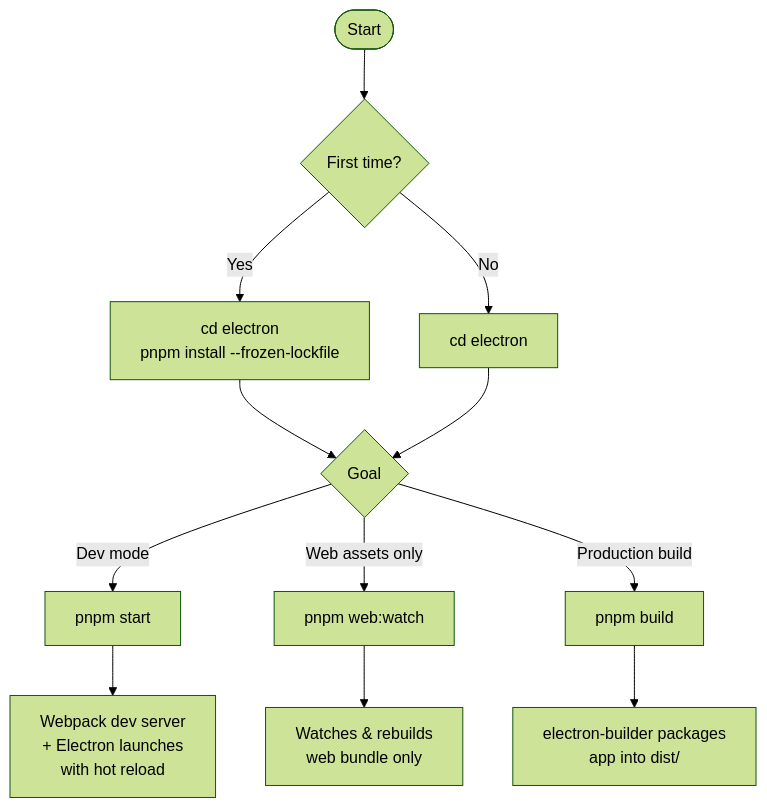
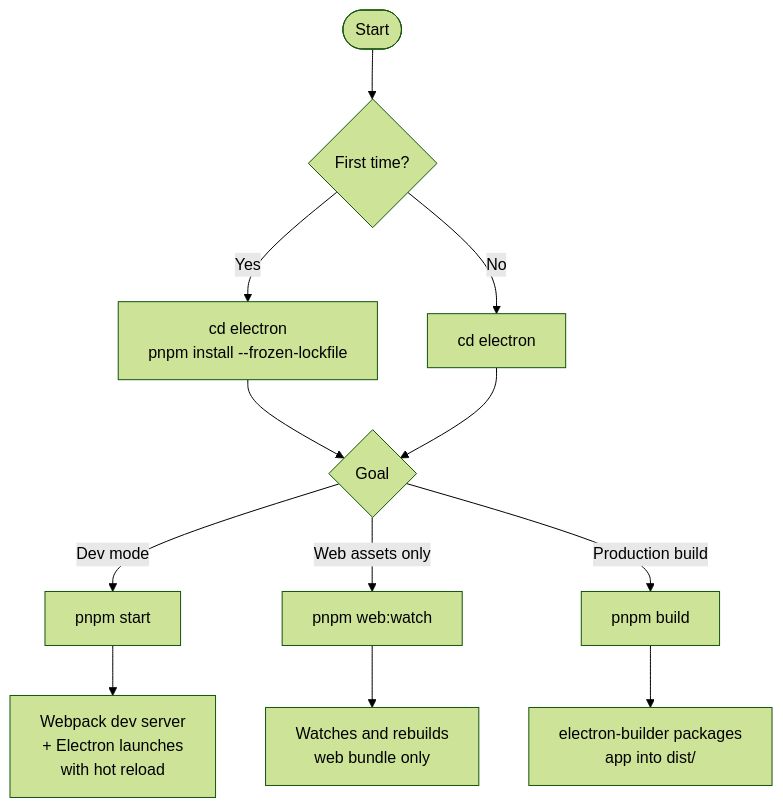
Before and after one commit to Emekalim/FroYoflix_v2: the fifth of 6 diagrams in README.md, drawn with Mermaid (forest theme). The commit also changed other lines of this file, not shown here.

````diff
--- a/README.md
+++ b/README.md
@@ -435,14 +244,14 @@
 ```mermaid
 flowchart TD
     A([Start]) --> B{First time?}
     B -->|Yes| C["cd electron\npnpm install --frozen-lockfile"]
     B -->|No| D[cd electron]
     C --> E{Goal}
     D --> E
     E -->|Dev mode| F["pnpm start"]
     E -->|Web assets only| G["pnpm web:watch"]
     E -->|Production build| H["pnpm build"]
     F --> I["Webpack dev server\n+ Electron launches\nwith hot reload"]
-    G --> J["Watches & rebuilds\nweb bundle only"]
+    G --> J["Watches and rebuilds\nweb bundle only"]
     H --> K["electron-builder packages\napp into dist/"]
 ```
````
